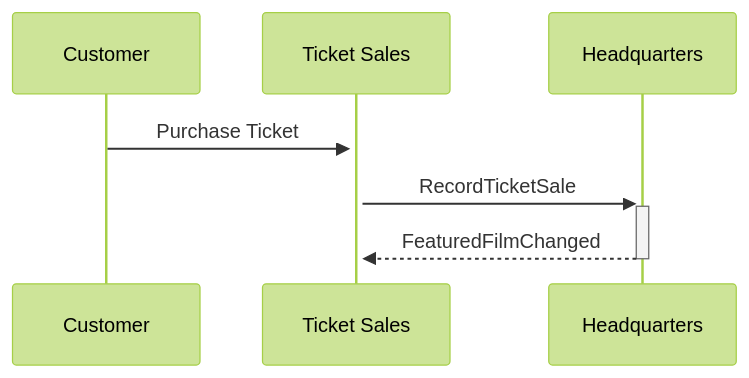
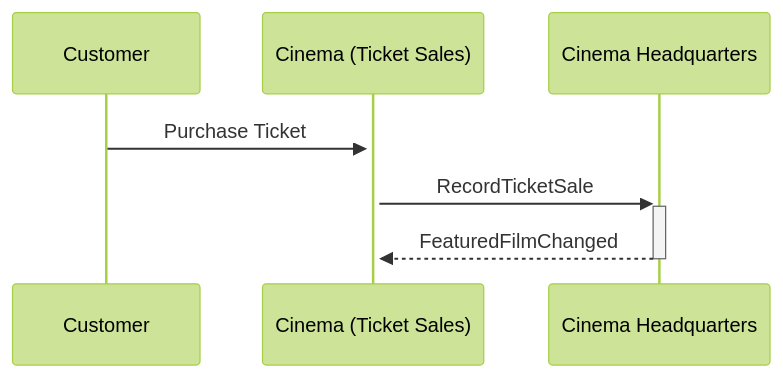
Before and after one commit to Particular/docs.particular.net: the diagram in samples/showcase/cinema/sample.md, drawn with Mermaid (forest theme). The commit also changed other lines of this file and 3 other files, not shown here.

````diff
--- a/samples/showcase/cinema/sample.md
+++ b/samples/showcase/cinema/sample.md
@@ -13,6 +13,6 @@
 ```mermaid
 sequenceDiagram
-    Customer->>+Ticket Sales: Purchase Ticket
-    Ticket Sales->>+Headquarters: RecordTicketSale
-    Headquarters-->>-Ticket Sales: FeaturedFilmChanged
+    Customer->>+Cinema (Ticket Sales): Purchase Ticket
+    Cinema (Ticket Sales)->>+Cinema Headquarters: RecordTicketSale
+    Cinema Headquarters-->>-Cinema (Ticket Sales): FeaturedFilmChanged
 ```
````
